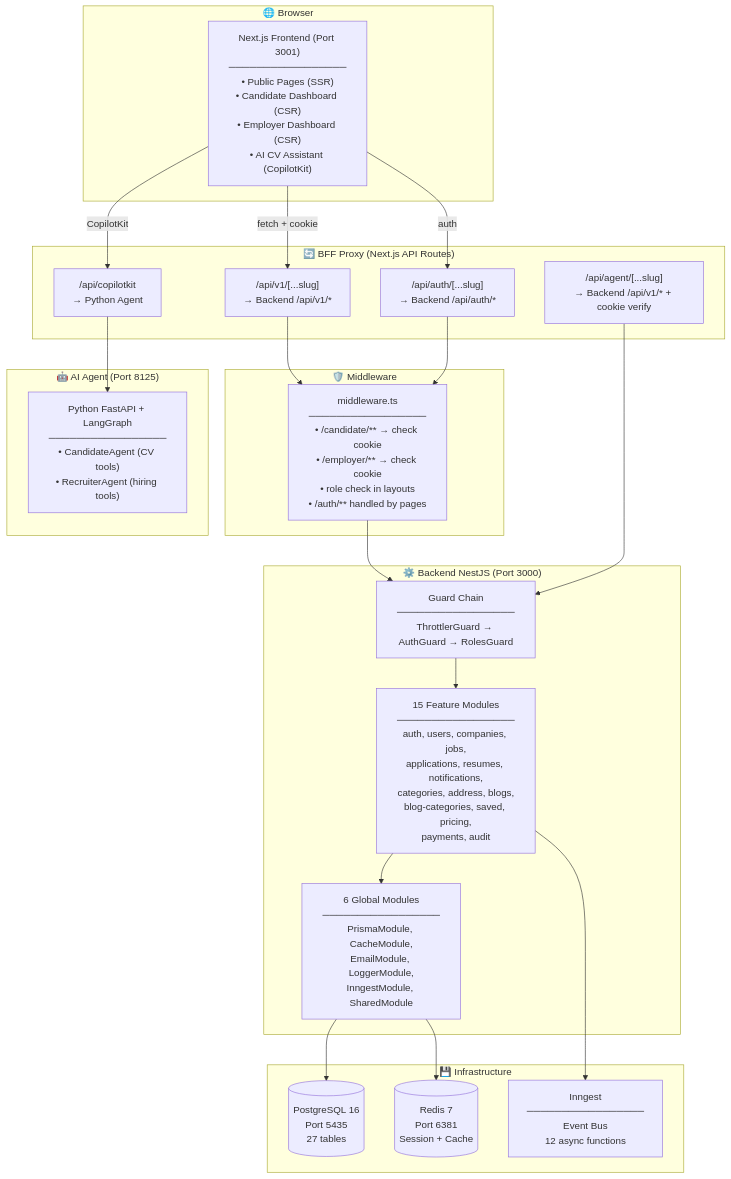
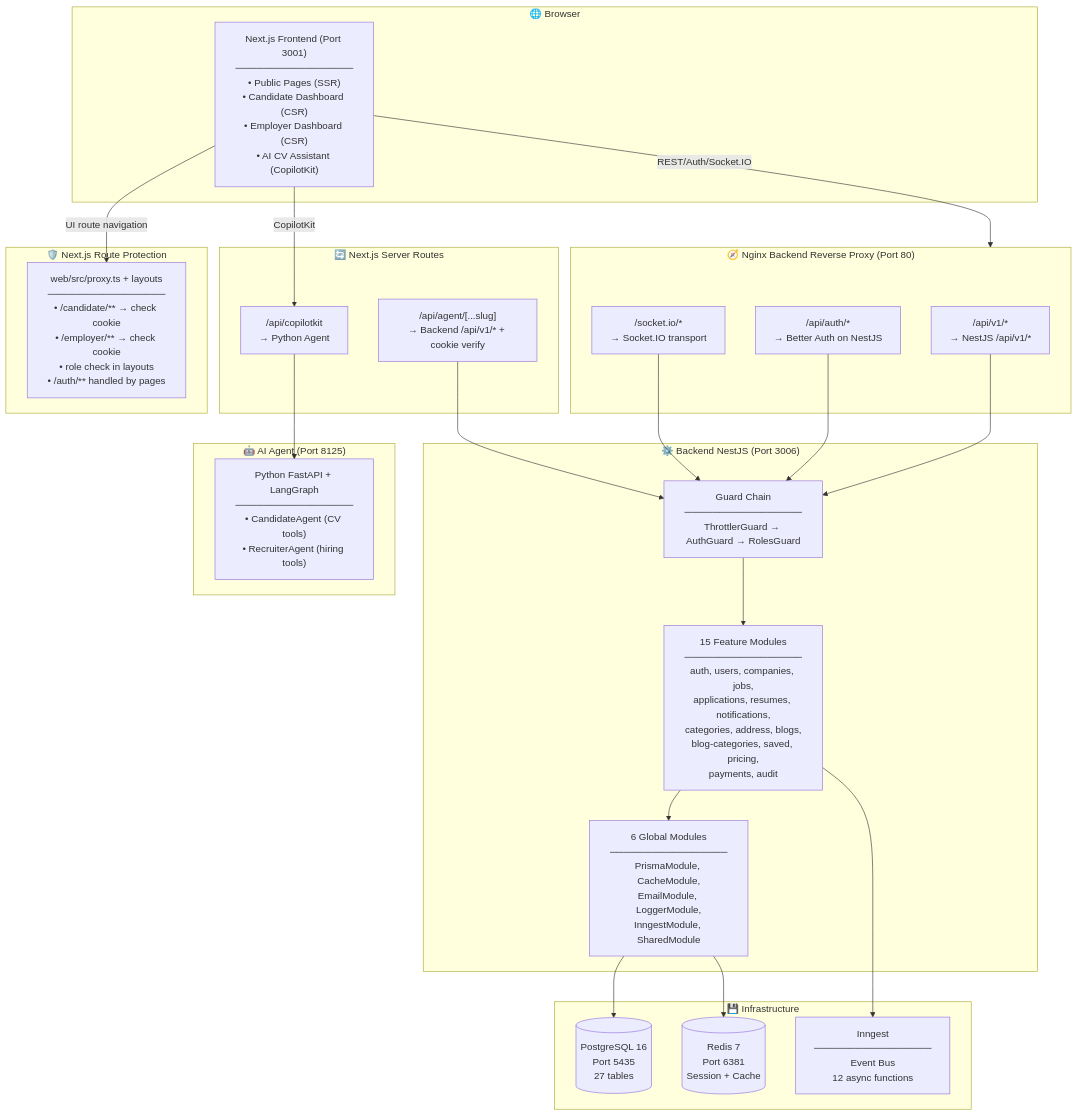
Before and after one commit to Hieuej147/job-PhuQuoc: the first of 28 diagrams in TEAM_FE_DOCUMENT.md, drawn with Mermaid. The commit also changed other lines of this file and 73 other files, not shown here.

Commit message:
fix: refactor add reverse proxy

````diff
--- a/TEAM_FE_DOCUMENT.md
+++ b/TEAM_FE_DOCUMENT.md
@@ -50,47 +55,51 @@
 ```mermaid
 graph TB
     subgraph Browser["🌐 Browser"]
         FE["Next.js Frontend (Port 3001)<br/>─────────────────<br/>• Public Pages (SSR)<br/>• Candidate Dashboard (CSR)<br/>• Employer Dashboard (CSR)<br/>• AI CV Assistant (CopilotKit)"]
     end
 
-    subgraph BFF["🔄 BFF Proxy (Next.js API Routes)"]
-        V1["/api/v1/[...slug]<br/>→ Backend /api/v1/*"]
-        AUTH["/api/auth/[...slug]<br/>→ Backend /api/auth/*"]
+    subgraph RP["🧭 Nginx Backend Reverse Proxy (Port 80)"]
+        V1["/api/v1/*<br/>→ NestJS /api/v1/*"]
+        AUTH["/api/auth/*<br/>→ Better Auth on NestJS"]
+        SOCK["/socket.io/*<br/>→ Socket.IO transport"]
+    end
+
+    subgraph BFF["🔄 Next.js Server Routes"]
         AGENT["/api/agent/[...slug]<br/>→ Backend /api/v1/* + cookie verify"]
         CK["/api/copilotkit<br/>→ Python Agent"]
     end
 
-    subgraph MW["🛡️ Middleware"]
-        MID["middleware.ts<br/>─────────────────<br/>• /candidate/** → check cookie<br/>• /employer/** → check cookie<br/>• role check in layouts<br/>• /auth/** handled by pages"]
+    subgraph MW["🛡️ Next.js Route Protection"]
+        MID["web/src/proxy.ts + layouts<br/>─────────────────<br/>• /candidate/** → check cookie<br/>• /employer/** → check cookie<br/>• role check in layouts<br/>• /auth/** handled by pages"]
     end
 
-    subgraph BE["⚙️ Backend NestJS (Port 3000)"]
+    subgraph BE["⚙️ Backend NestJS (Port 3006)"]
         GUARD["Guard Chain<br/>─────────────────<br/>ThrottlerGuard → AuthGuard → RolesGuard"]
         MOD["15 Feature Modules<br/>─────────────────<br/>auth, users, companies, jobs,<br/>applications, resumes, notifications,<br/>categories, address, blogs,<br/>blog-categories, saved, pricing,<br/>payments, audit"]
         INFRA["6 Global Modules<br/>─────────────────<br/>PrismaModule, CacheModule,<br/>EmailModule, LoggerModule,<br/>InngestModule, SharedModule"]
     end
 
     subgraph Agent["🤖 AI Agent (Port 8125)"]
         PY["Python FastAPI + LangGraph<br/>─────────────────<br/>• CandidateAgent (CV tools)<br/>• RecruiterAgent (hiring tools)"]
     end
 
     subgraph DB["💾 Infrastructure"]
         PG[("PostgreSQL 16<br/>Port 5435<br/>27 tables")]
         RD[("Redis 7<br/>Port 6381<br/>Session + Cache")]
         ING["Inngest<br/>─────────────────<br/>Event Bus<br/>12 async functions"]
     end
 
-    FE -->|"fetch + cookie"| V1
-    FE -->|"auth"| AUTH
+    FE -->|"UI route navigation"| MID
+    FE -->|"REST/Auth/Socket.IO"| RP
     FE -->|"CopilotKit"| CK
-    V1 --> MID
-    AUTH --> MID
-    MID --> GUARD
+    V1 --> GUARD
+    AUTH --> GUARD
+    SOCK --> GUARD
     GUARD --> MOD
     MOD --> INFRA
     INFRA --> PG
     INFRA --> RD
     MOD --> ING
     CK --> PY
     AGENT --> GUARD
 ```
````
